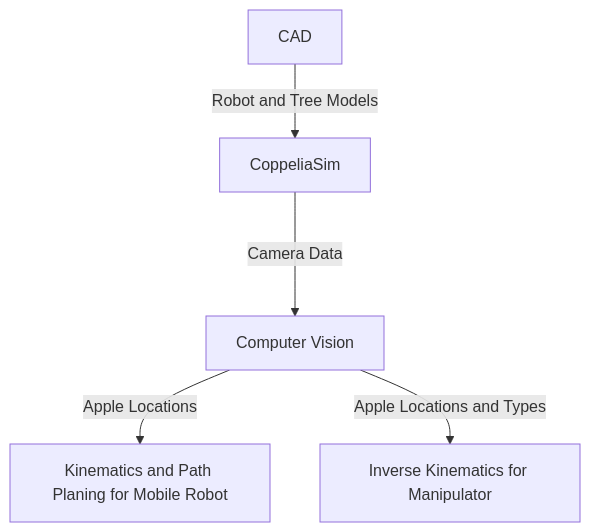
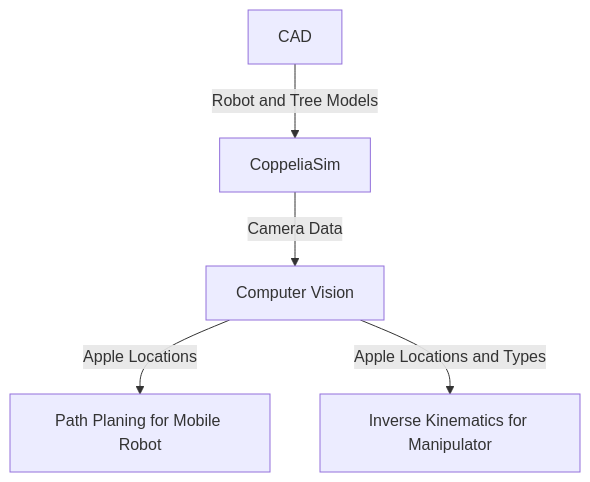
The diagram in README.md (asueh/ECSE-275-Final-Project), drawn with Mermaid before and after one commit. The commit also changed other lines of this file, not shown here.

````diff
--- a/README.md
+++ b/README.md
@@ -18,7 +19,7 @@
 ```mermaid
 graph TD
   A[CAD] --Robot and Tree Models--> B[CoppeliaSim]
-  B[CoppeliaSim] --Camera Data---> C[Computer Vision]
-  C[Computer Vision] --Apple Locations--> D[Kinematics and Path Planing for Mobile Robot]
+  B[CoppeliaSim] --Camera Data--> C[Computer Vision]
+  C[Computer Vision] --Apple Locations--> D[Path Planing for Mobile Robot]
   C[Computer Vision] --Apple Locations and Types--> E[Inverse Kinematics for Manipulator]
 ```
````
